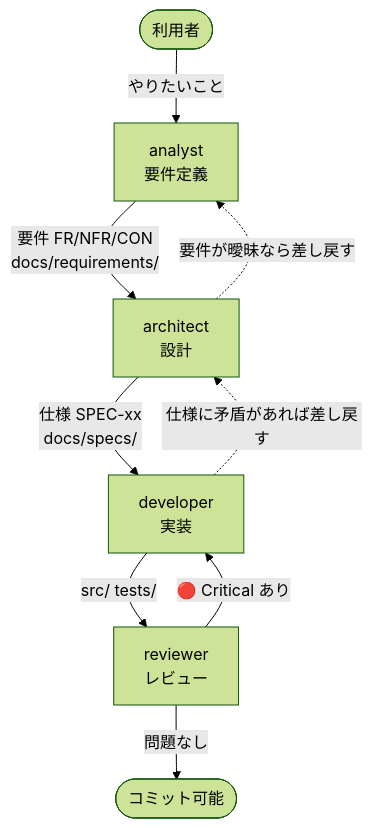
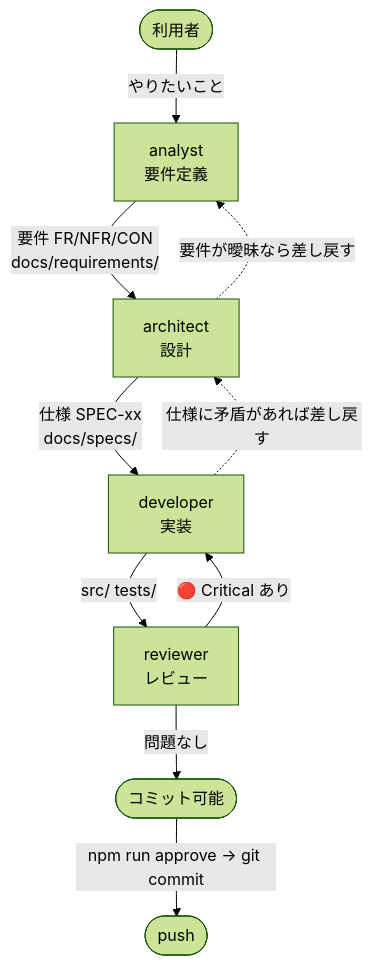
Before and after one commit to Harurow/chrome.ext.silent-tab: the diagram in .claude/agents/lead.md, drawn with Mermaid (forest theme). The commit also changed other lines of this file and 5 other files, not shown here.

````diff
--- a/.claude/agents/lead.md
+++ b/.claude/agents/lead.md
@@ -22,19 +22,21 @@
 ```mermaid
 flowchart TD
     USER(["利用者"])
     ANALYST["analyst<br/>要件定義"]
     ARCHITECT["architect<br/>設計"]
     DEVELOPER["developer<br/>実装"]
     REVIEWER["reviewer<br/>レビュー"]
     COMMIT(["コミット可能"])
+    PUSH(["push"])
 
     USER -->|"やりたいこと"| ANALYST
     ANALYST -->|"要件 FR/NFR/CON<br/>docs/requirements/"| ARCHITECT
     ARCHITECT -->|"仕様 SPEC-xx<br/>docs/specs/"| DEVELOPER
     DEVELOPER -->|"src/ tests/"| REVIEWER
     REVIEWER -->|"🔴 Critical あり"| DEVELOPER
     REVIEWER -->|"問題なし"| COMMIT
+    COMMIT -->|"npm run approve → git commit"| PUSH
 
     ARCHITECT -.->|"要件が曖昧なら差し戻す"| ANALYST
     DEVELOPER -.->|"仕様に矛盾があれば差し戻す"| ARCHITECT
 ```
````
